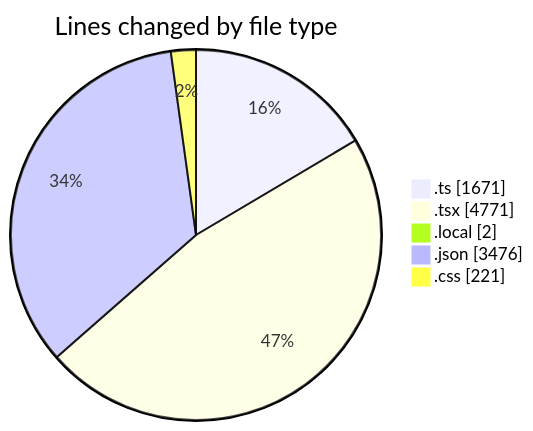
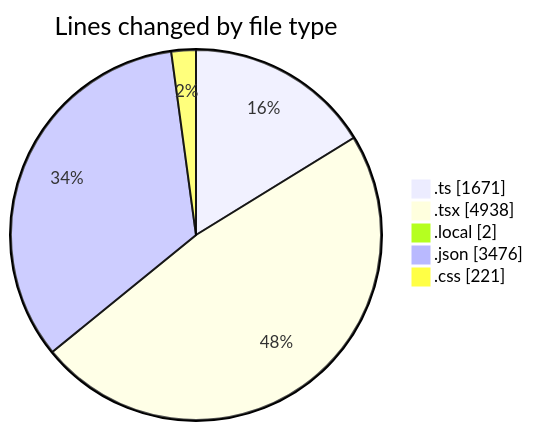
The first of 2 diagrams in 2025-10-28/eventscop-frontend-guide__workspace_/README.md (julien-gomy/code-tracking), drawn with Mermaid before and after one commit. The commit also changed other lines of this file and 1 other file, not shown here.

````diff
--- a/2025-10-28/eventscop-frontend-guide__workspace_/README.md
+++ b/2025-10-28/eventscop-frontend-guide__workspace_/README.md
@@ -58,9 +58,9 @@
 ```mermaid
 pie showData
 title Lines changed by file type
 ".ts" : 1671
-".tsx" : 4771
+".tsx" : 4938
 ".local" : 2
 ".json" : 3476
 ".css" : 221
 ```
````
